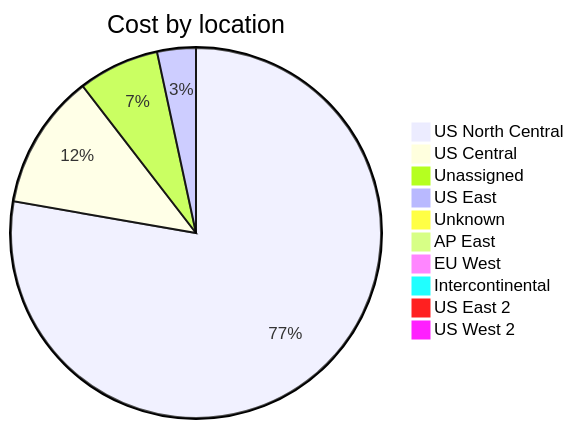
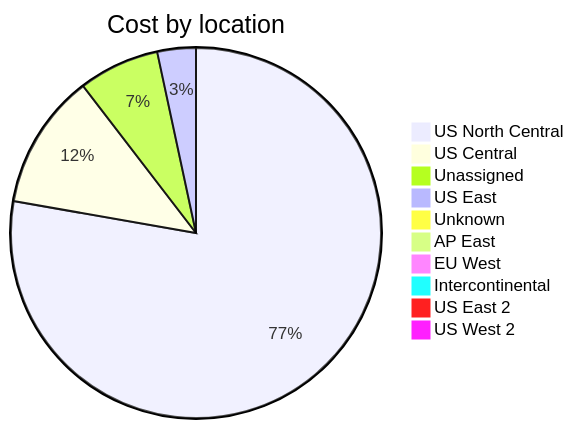
The third of 4 diagrams in cost-reports/accumulated-cost.md (jpfulton/azure-personal-reports), drawn with Mermaid before and after one commit. The commit also changed other lines of this file and 3 other files, not shown here.

````diff
--- a/cost-reports/accumulated-cost.md
+++ b/cost-reports/accumulated-cost.md
@@ -132,14 +132,14 @@
 ```mermaid
 pie
    title Cost by location
-   "US North Central" : 127.59
-   "US Central" : 19.37
-   "Unassigned" : 11.62
+   "US North Central" : 128.10
+   "US Central" : 19.47
+   "Unassigned" : 11.63
    "US East" : 5.54
-   "Unknown" : 0.70
+   "Unknown" : 0.71
    "AP East" : 0.00
    "EU West" : 0.00
    "Intercontinental" : 0.00
    "US East 2" : 0.00
    "US West 2" : 0.00
 ```
````
